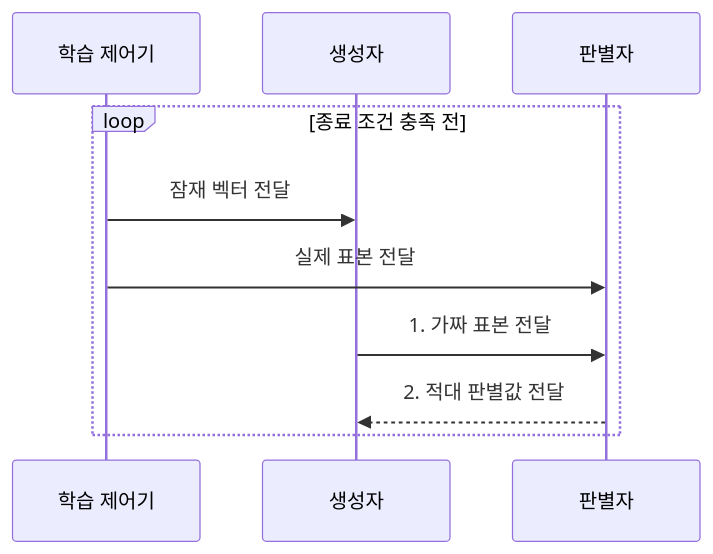
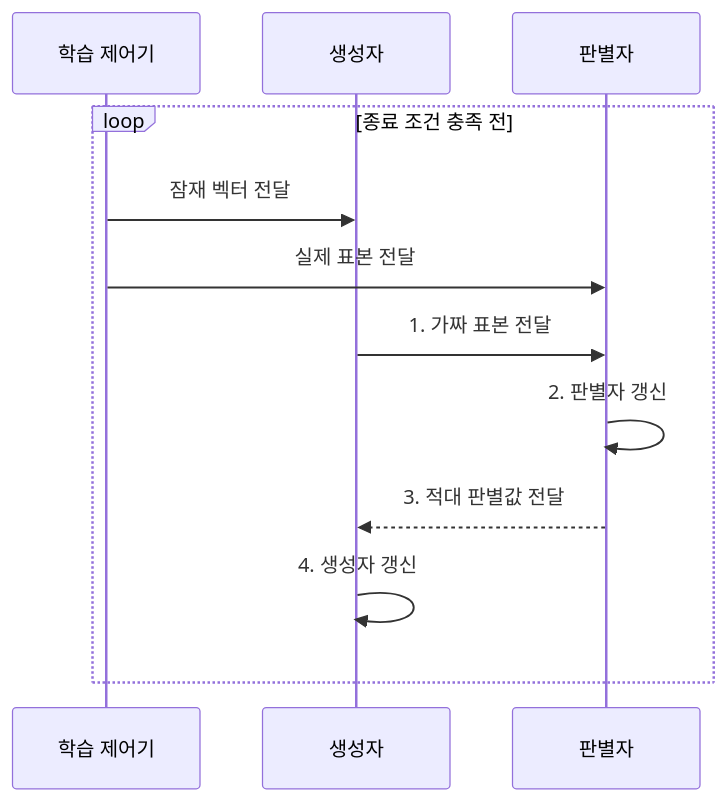
One commit to agnusdei1207/knowledge-base changed the second of 2 diagrams in src/content/docs/notes/01-basic-theory/046_gan.md. Above: the diagram before and after it, drawn with Mermaid. The commit also changed other lines of this file and 8 other files, not shown here.

````diff
--- a/src/content/docs/notes/01-basic-theory/046_gan.md
+++ b/src/content/docs/notes/01-basic-theory/046_gan.md
@@ -95,12 +95,14 @@
 ```mermaid
 sequenceDiagram
     participant T as 학습 제어기
     participant G as 생성자
     participant D as 판별자
     loop 종료 조건 충족 전
         T->>G: 잠재 벡터 전달
         T->>D: 실제 표본 전달
         G->>D: 1. 가짜 표본 전달
-        D-->>G: 2. 적대 판별값 전달
+        D->>D: 2. 판별자 갱신
+        D-->>G: 3. 적대 판별값 전달
+        G->>G: 4. 생성자 갱신
     end
 ```
````
